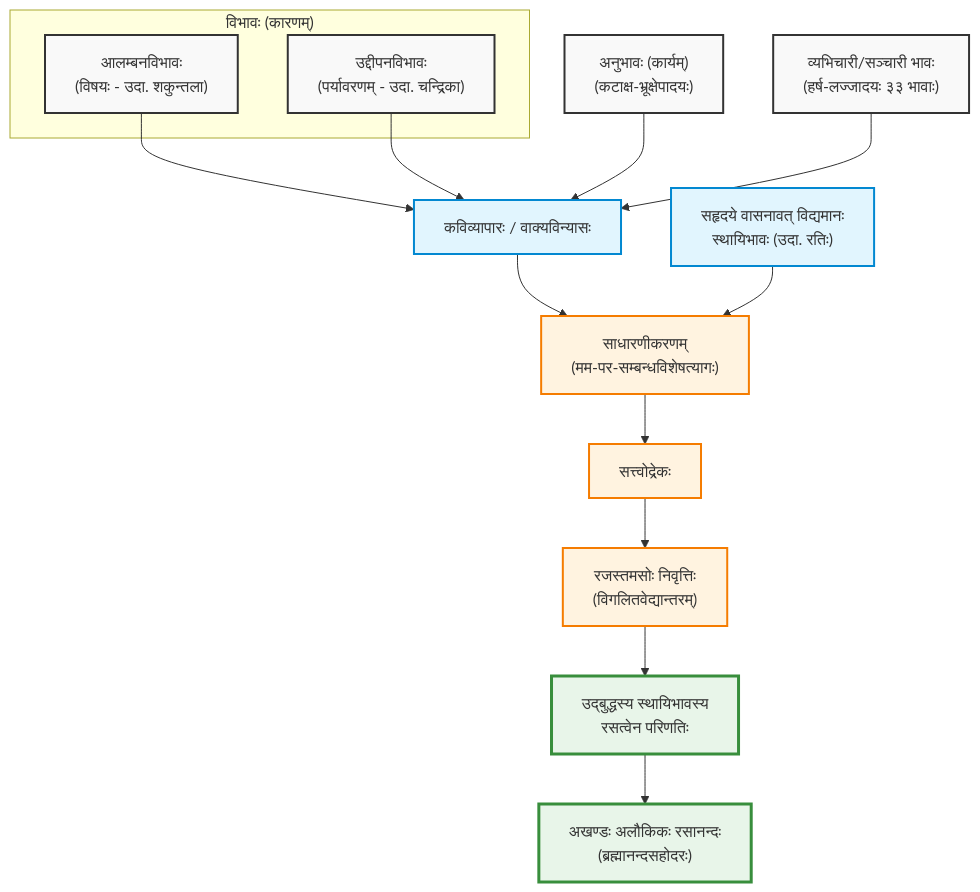
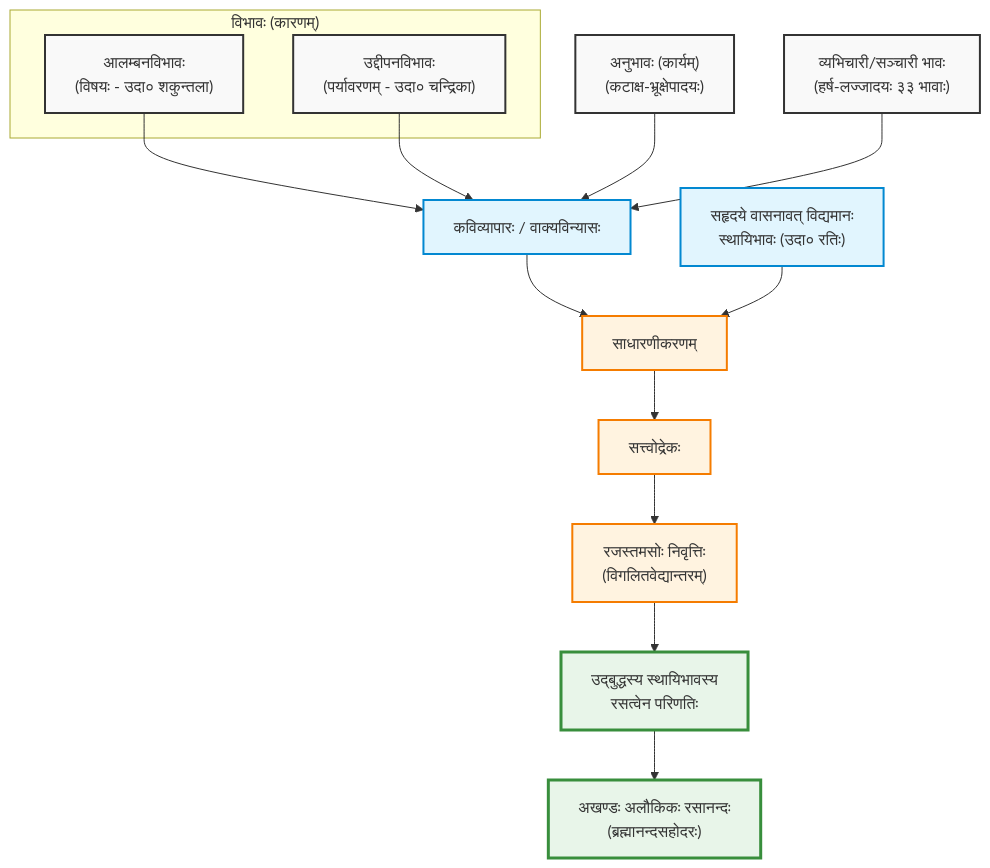
One commit to vagvibha/sahitya changed the first of 2 diagrams in shastra/topics/rasa.md. Above: the diagram before and after it, drawn with Mermaid. The commit also changed other lines of this file and 4 other files, not shown here.

````diff
--- a/shastra/topics/rasa.md
+++ b/shastra/topics/rasa.md
@@ -63,36 +63,36 @@
 ```mermaid
 graph TD
     classDef cause fill:#f9f9f9,stroke:#333,stroke-width:2px;
     classDef state fill:#e1f5fe,stroke:#0288d1,stroke-width:2px;
     classDef core fill:#fff3e0,stroke:#f57c00,stroke-width:2px;
     classDef ultimate fill:#e8f5e9,stroke:#388e3c,stroke-width:3px;
 
     %% घटकाः
     subgraph Vibhava ["विभावः (कारणम्)"]
-        A1["आलम्बनविभावः<br/>(विषयः - उदा. शकुन्तला)"]:::cause
-        A2["उद्दीपनविभावः<br/>(पर्यावरणम् - उदा. चन्द्रिका)"]:::cause
+        A1["आलम्बनविभावः<br/>(विषयः - उदा० शकुन्तला)"]:::cause
+        A2["उद्दीपनविभावः<br/>(पर्यावरणम् - उदा० चन्द्रिका)"]:::cause
     end
 
     B["अनुभावः (कार्यम्)<br/>(कटाक्ष-भ्रूक्षेपादयः)"]:::cause
     C["व्यभिचारी/सञ्चारी भावः<br/>(हर्ष-लज्जादयः ३३ भावाः)"]:::cause
 
-    D["सहृदये वासनावत् विद्यमानः<br/>स्थायिभावः (उदा. रतिः)"]:::state
+    D["सहृदये वासनावत् विद्यमानः<br/>स्थायिभावः (उदा० रतिः)"]:::state
 
     E["कविव्यापारः / वाक्यविन्यासः"]:::state
-    F["साधारणीकरणम्<br/>(मम-पर-सम्बन्धविशेषत्यागः)"]:::core
+    F["साधारणीकरणम्"]:::core
 
     G["सत्त्वोद्रेकः"]:::core
     H["रजस्तमसोः निवृत्तिः<br/>(विगलितवेद्यान्तरम्)"]:::core
 
     I["उद्बुद्धस्य स्थायिभावस्य<br/>रसत्वेन परिणतिः"]:::ultimate
     J["अखण्डः अलौकिकः रसानन्दः<br/>(ब्रह्मानन्दसहोदरः)"]:::ultimate
 
     %% प्रवाहाः
     A1 & A2 & B & C --> E
     E --> F
     D --> F
     F --> G
     G --> H
     H --> I
     I --> J
 ```
````
